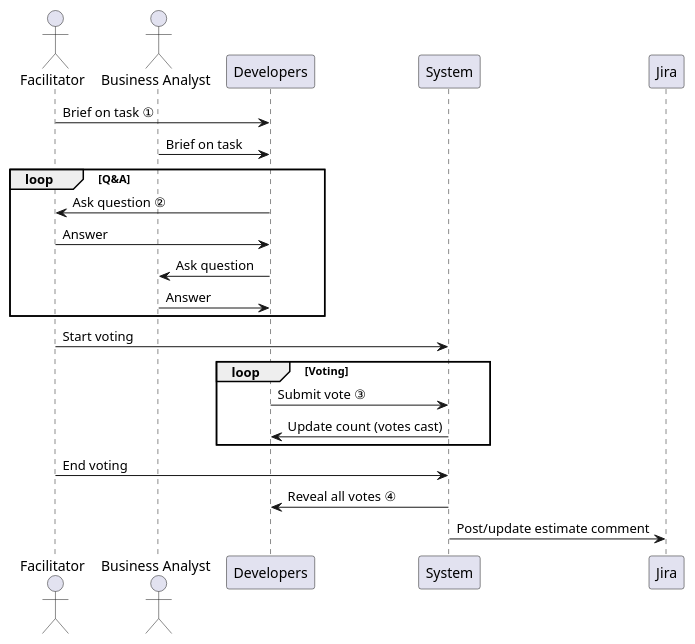
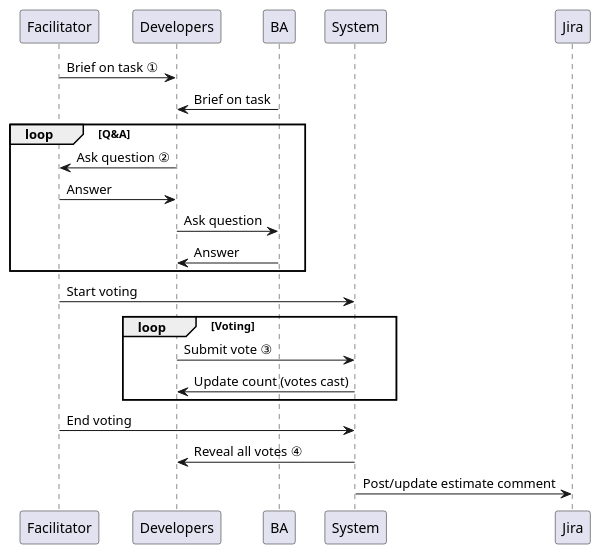
The diagram in README.org (avkoval/PlanningPoker), drawn with PlantUML before and after one commit. The commit also changed other lines of this file and 2 other files, not shown here.

Commit message:
Export results only for PlantUML diagram

```diff
--- a/README.org
+++ b/README.org
@@ -25,32 +25,25 @@
-#+begin_src plantuml :file static/img/process1.png
-@startuml
-actor Facilitator
-actor "Business Analyst" as BA
-participant Developers
-participant System
-participant Jira
-
+#+begin_src plantuml :file static/img/process1.png :exports results
 Facilitator -> Developers : Brief on task ①
 BA           -> Developers : Brief on task
 
 loop Q&A
   Developers -> Facilitator : Ask question ②
   Facilitator -> Developers : Answer
   Developers -> BA          : Ask question
   BA          -> Developers : Answer
 end
 
 Facilitator -> System : Start voting
 
 loop Voting
   Developers -> System : Submit vote ③
   System     -> Developers : Update count (votes cast)
 end
 
 Facilitator -> System : End voting
 System -> Developers : Reveal all votes ④
 
 System -> Jira : Post/update estimate comment
 
 @enduml
 #+end_src
```
